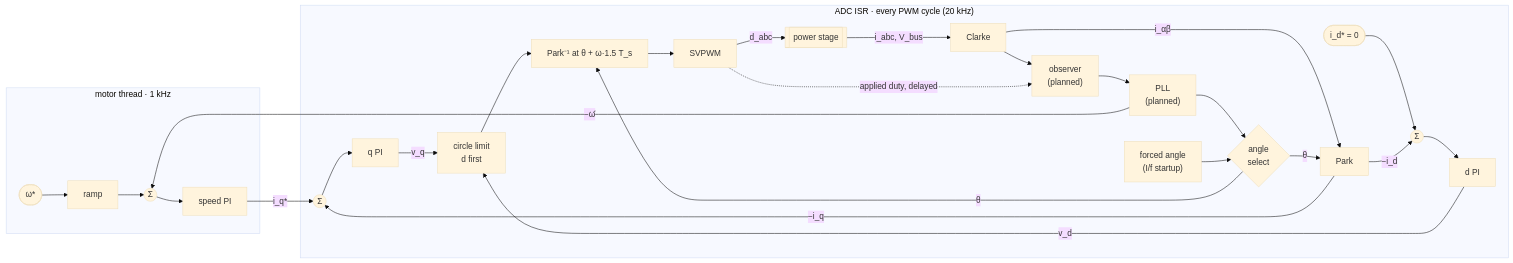
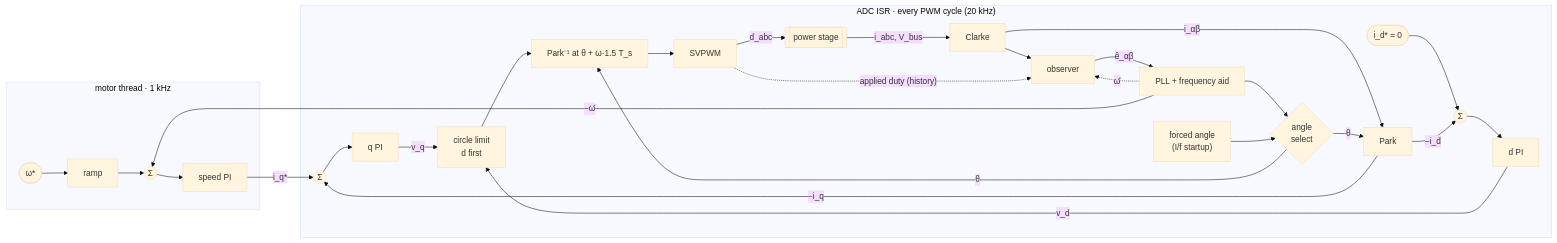
One commit to tsrapnik/spin changed the first of 3 diagrams in README.md. Above: the diagram before and after it, drawn with Mermaid (base theme). The commit also changed other lines of this file and 14 other files, not shown here.

First line of the commit message:
M3.1: Luenberger observer + PLL, tracked against the plant angle

````diff
--- a/README.md
+++ b/README.md
@@ -24,23 +24,24 @@
 ```mermaid
 flowchart LR
   subgraph T["motor thread · 1 kHz"]
     W(["ω*"]) --> R[ramp] --> E1(("Σ")) --> SPI[speed PI]
   end
   subgraph I["ADC ISR · every PWM cycle (20 kHz)"]
     ID(["i_d* = 0"]) --> E2(("Σ")) --> DPI[d PI]
     E3(("Σ")) --> QPI[q PI]
     DPI -->|v_d| LIM[circle limit<br/>d first]
     QPI -->|v_q| LIM
     LIM --> IP["Park⁻¹ at θ + ω·1.5 T_s"] --> SV[SVPWM] -->|d_abc| PS[[power stage]]
     PS -->|"i_abc, V_bus"| CL[Clarke] -->|i_αβ| P[Park]
     P -->|"−i_d"| E2
     P -->|"−i_q"| E3
-    CL --> OBS["observer<br/>(planned)"] --> PLL["PLL<br/>(planned)"] --> SEL{angle<br/>select}
-    SV -.->|applied duty, delayed| OBS
+    CL --> OBS["observer"] -->|ê_αβ| PLL["PLL + frequency aid"] --> SEL{angle<br/>select}
+    SV -.->|"applied duty (history)"| OBS
+    PLL -.->|ω̂| OBS
     FA["forced angle<br/>(I/f startup)"] --> SEL
     SEL -->|θ| P
     SEL -->|θ| IP
   end
   SPI -->|i_q*| E3
   PLL -->|"−ω̂"| E1
 ```
````
